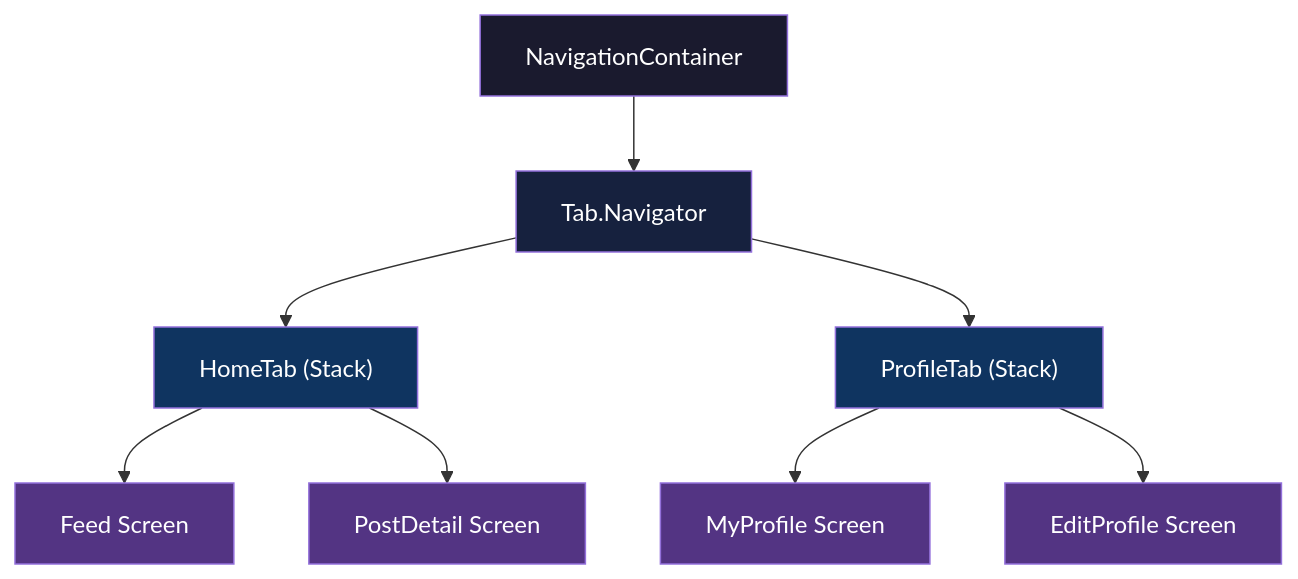
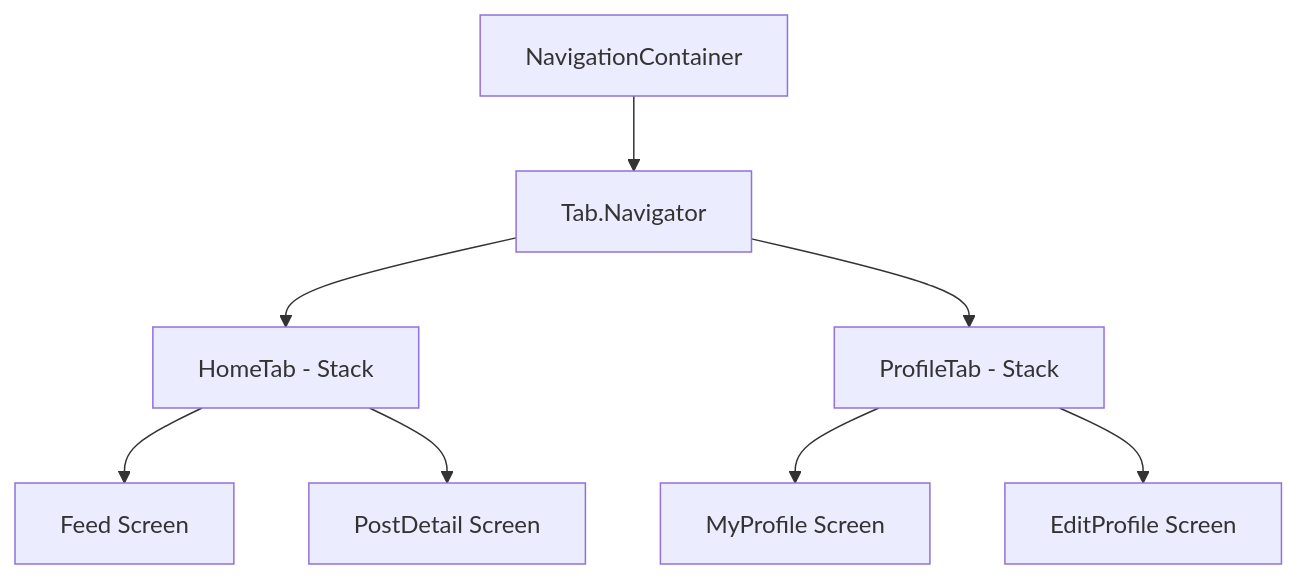
One commit to BabaScience/react-guides changed the first of 8 diagrams in arguments/chapters/rn-06-navigation.md. Above: the diagram before and after it, drawn with Mermaid. The commit also changed other lines of this file and 63 other files, not shown here.

First line of the commit message:
Enrich React Native roadmap with deeper content, visuals, and FR/IT translations

````diff
--- a/arguments/chapters/rn-06-navigation.md
+++ b/arguments/chapters/rn-06-navigation.md
@@ -123,19 +182,10 @@
 ```mermaid
 graph TD
     A[NavigationContainer] --> B[Tab.Navigator]
-    B --> C["HomeTab (Stack)"]
-    B --> D["ProfileTab (Stack)"]
+    B --> C[HomeTab - Stack]
+    B --> D[ProfileTab - Stack]
     C --> E[Feed Screen]
     C --> F[PostDetail Screen]
     D --> G[MyProfile Screen]
     D --> H[EditProfile Screen]
-
-    style A fill:#1a1a2e,color:#fff
-    style B fill:#16213e,color:#fff
-    style C fill:#0f3460,color:#fff
-    style D fill:#0f3460,color:#fff
-    style E fill:#533483,color:#fff
-    style F fill:#533483,color:#fff
-    style G fill:#533483,color:#fff
-    style H fill:#533483,color:#fff
 ```
````
